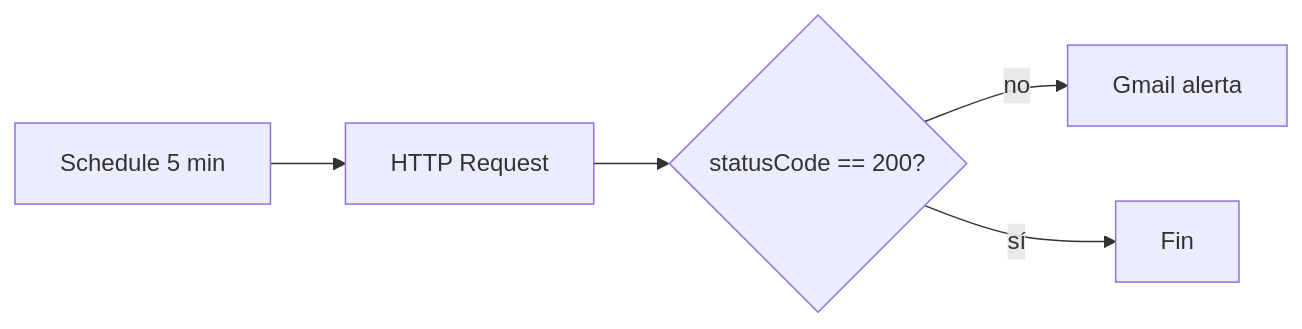
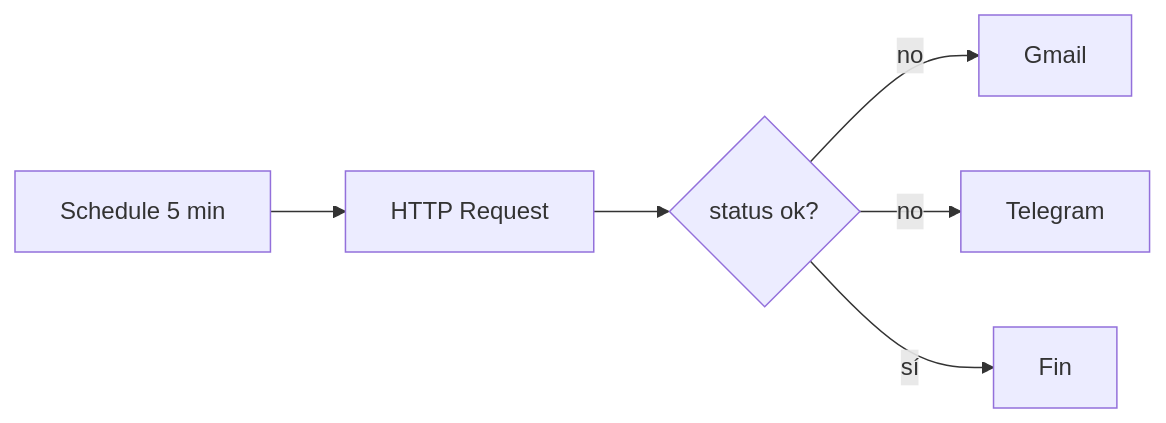
The third of 7 diagrams in documentacion-workflows-sistemas.md (gracobjo/n8n), drawn with Mermaid before and after one commit. The commit also changed other lines of this file and 3 other files, not shown here.

````diff
--- a/documentacion-workflows-sistemas.md
+++ b/documentacion-workflows-sistemas.md
@@ -334,7 +334,8 @@
 ```mermaid
 flowchart LR
   S[Schedule 5 min] --> H[HTTP Request]
-  H --> I{statusCode == 200?}
-  I -->|no| G[Gmail alerta]
+  H --> I{status ok?}
+  I -->|no| G[Gmail]
+  I -->|no| T[Telegram]
   I -->|sí| X[Fin]
 ```
````
